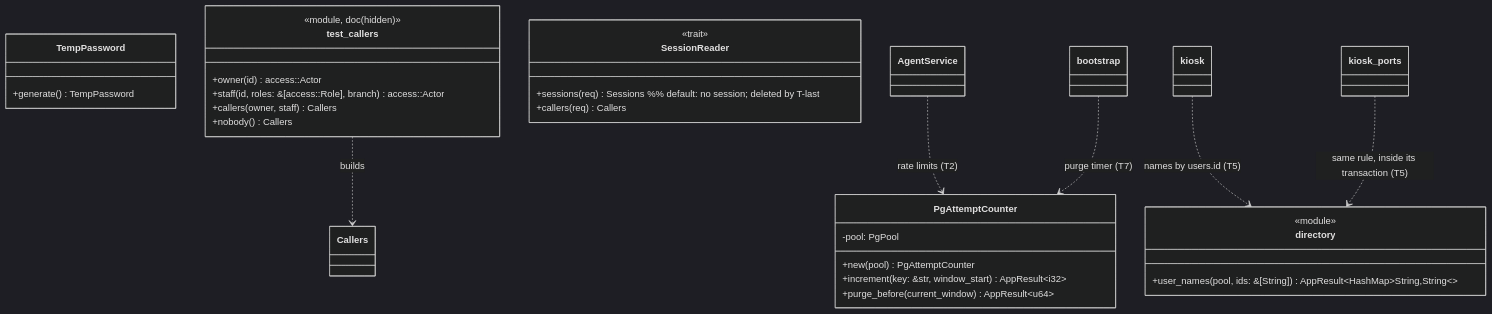
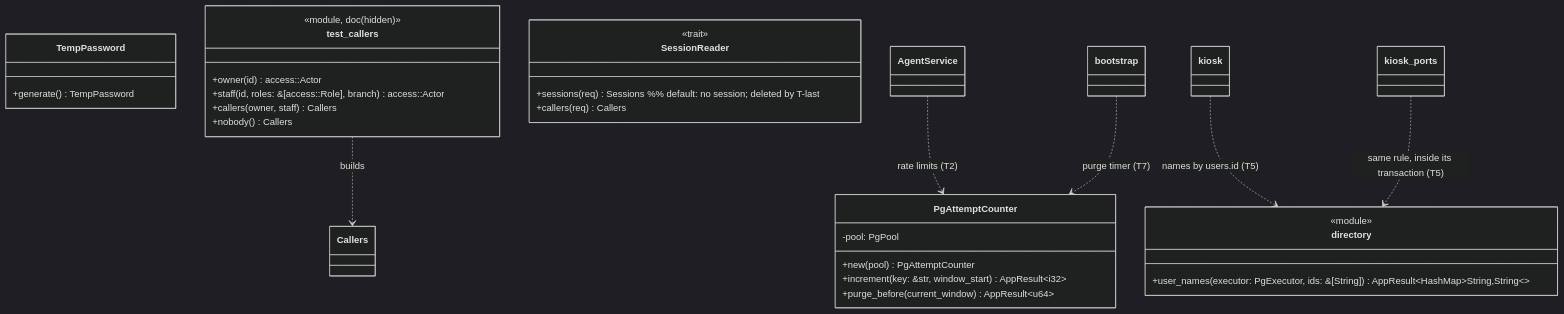
Before and after one commit to yuthstyle88/xchange-dev: the diagram in docs/design/blueprint/or7m-password-login-removal.md, drawn with Mermaid (dark theme). The commit also changed 2 other files, not shown here.

Commit message:
feat(or7m): user_names takes any executor, so callers in a transaction use it (#1027)

````diff
--- a/docs/design/blueprint/or7m-password-login-removal.md
+++ b/docs/design/blueprint/or7m-password-login-removal.md
@@ -27,33 +27,33 @@
 ```mermaid
 classDiagram
   class PgAttemptCounter {
     -pool: PgPool
     +new(pool) PgAttemptCounter
     +increment(key: &str, window_start) AppResult~i32~
     +purge_before(current_window) AppResult~u64~
   }
   class directory {
     <<module>>
-    +user_names(pool, ids: &[String]) AppResult~HashMap~String,String~~
+    +user_names(executor: PgExecutor, ids: &[String]) AppResult~HashMap~String,String~~
   }
   class TempPassword {
     +generate() TempPassword
   }
   class test_callers {
     <<module, doc(hidden)>>
     +owner(id) access::Actor
     +staff(id, roles: &[access::Role], branch) access::Actor
     +callers(owner, staff) Callers
     +nobody() Callers
   }
   class SessionReader {
     <<trait>>
     +sessions(req) Sessions  %% default: no session; deleted by T-last
     +callers(req) Callers
   }
   AgentService ..> PgAttemptCounter : rate limits (T2)
   bootstrap ..> PgAttemptCounter : purge timer (T7)
   kiosk ..> directory : names by users.id (T5)
   kiosk_ports ..> directory : same rule, inside its transaction (T5)
   test_callers ..> Callers : builds
 ```
````
